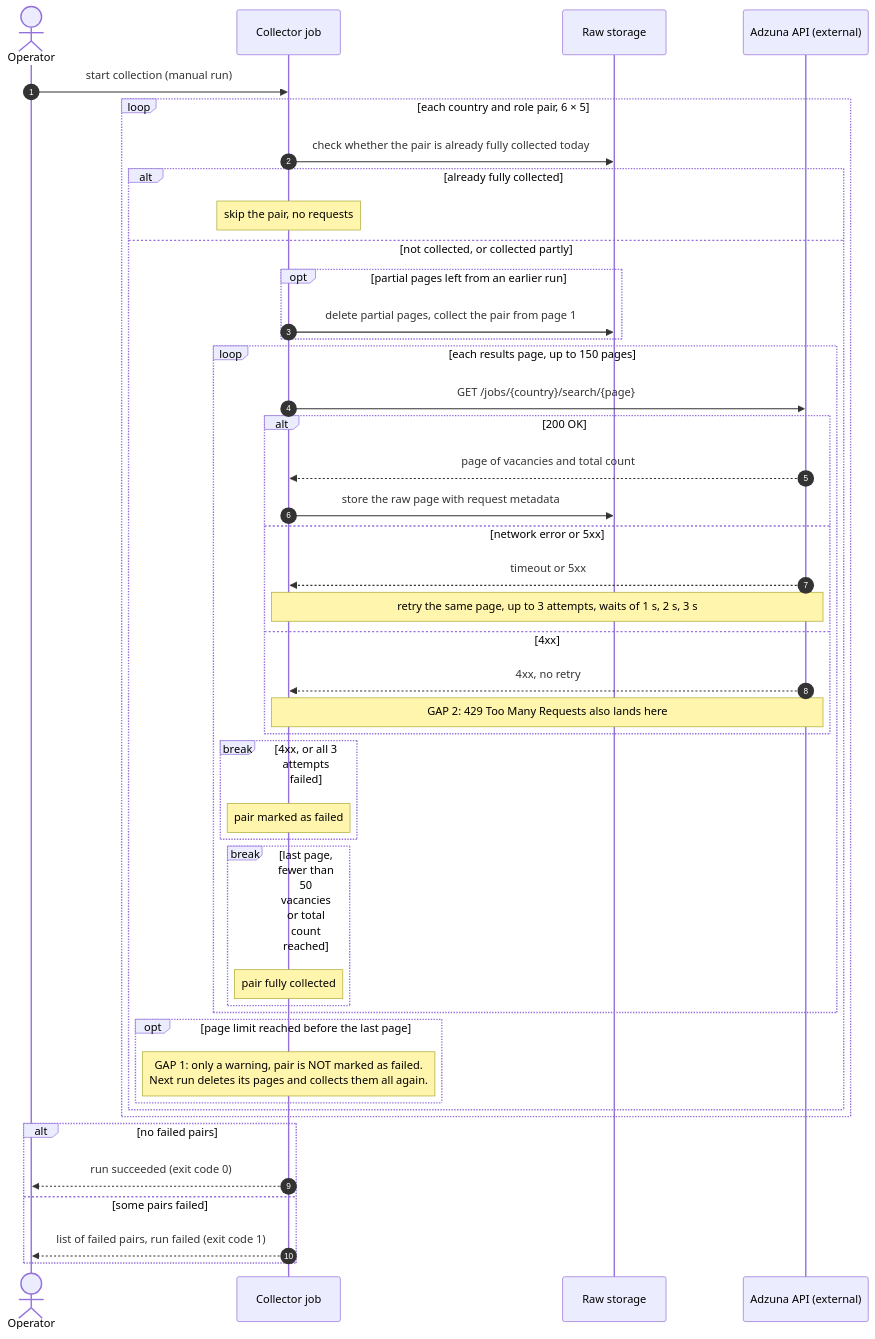
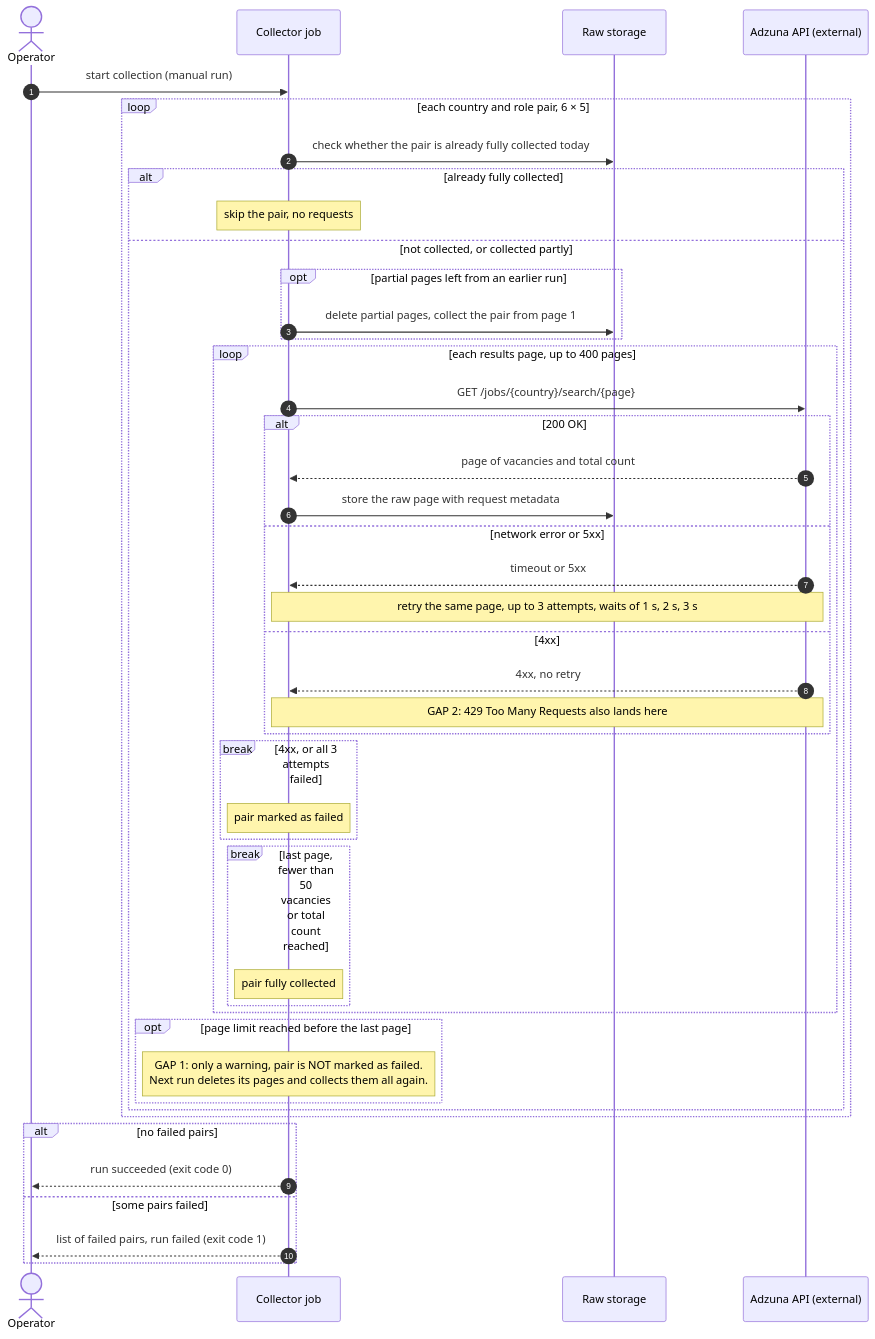
One commit to alinatkachenko13/hiring-radar changed the second of 4 diagrams in NOTES.md. Above: the diagram before and after it, drawn with Mermaid. The commit also changed other lines of this file and 5 other files, not shown here.

````diff
--- a/NOTES.md
+++ b/NOTES.md
@@ -421,47 +423,47 @@
 ```mermaid
 sequenceDiagram
     autonumber
     actor Op as Operator
     participant CJ as Collector job
     participant RS as Raw storage
     participant API as Adzuna API (external)
 
     Op->>CJ: start collection (manual run)
     loop each country and role pair, 6 × 5
         CJ->>RS: check whether the pair is already fully collected today
         alt already fully collected
             Note over CJ: skip the pair, no requests
         else not collected, or collected partly
             opt partial pages left from an earlier run
                 CJ->>RS: delete partial pages, collect the pair from page 1
             end
-            loop each results page, up to 150 pages
+            loop each results page, up to 400 pages
                 CJ->>API: GET /jobs/{country}/search/{page}
                 alt 200 OK
                     API-->>CJ: page of vacancies and total count
                     CJ->>RS: store the raw page with request metadata
                 else network error or 5xx
                     API-->>CJ: timeout or 5xx
                     Note over CJ,API: retry the same page, up to 3 attempts, waits of 1 s, 2 s, 3 s
                 else 4xx
                     API-->>CJ: 4xx, no retry
                     Note over CJ,API: GAP 2: 429 Too Many Requests also lands here
                 end
                 break 4xx, or all 3 attempts failed
                     Note over CJ: pair marked as failed
                 end
                 break last page, fewer than 50 vacancies or total count reached
                     Note over CJ: pair fully collected
                 end
             end
             opt page limit reached before the last page
                 Note over CJ: GAP 1: only a warning, pair is NOT marked as failed.<br/>Next run deletes its pages and collects them all again.
             end
         end
     end
     alt no failed pairs
         CJ-->>Op: run succeeded (exit code 0)
     else some pairs failed
         CJ-->>Op: list of failed pairs, run failed (exit code 1)
     end
 ```
````
